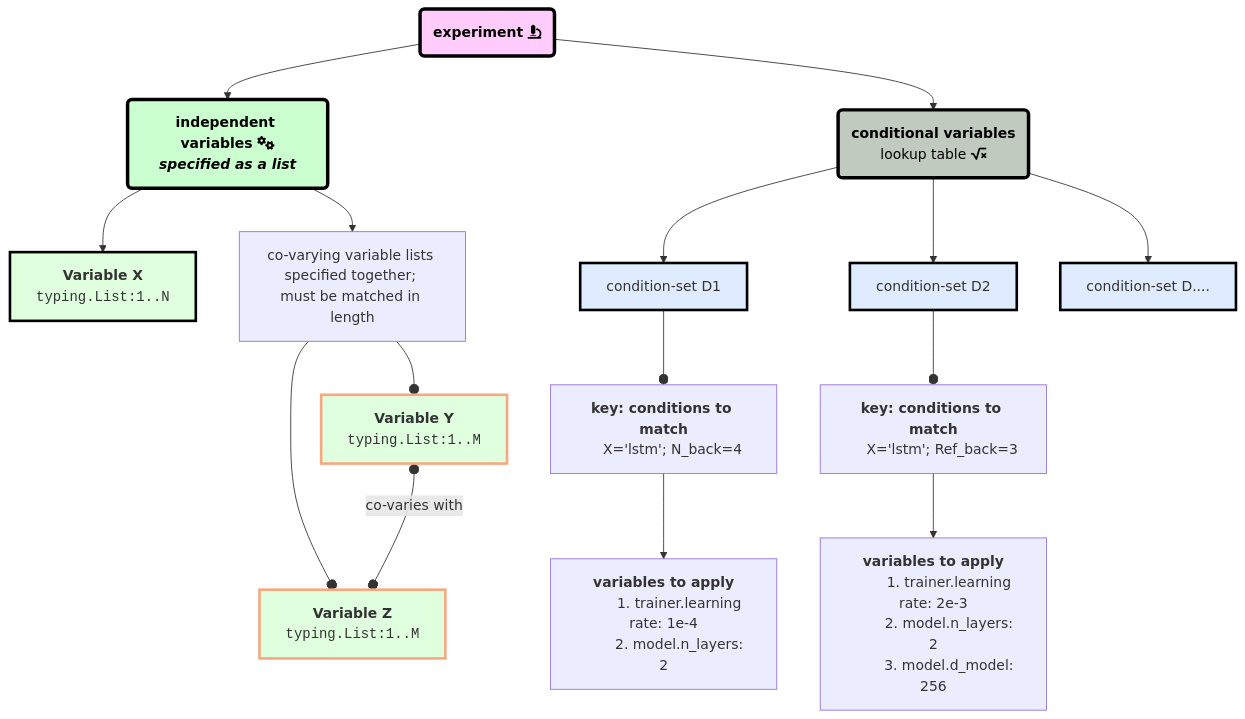
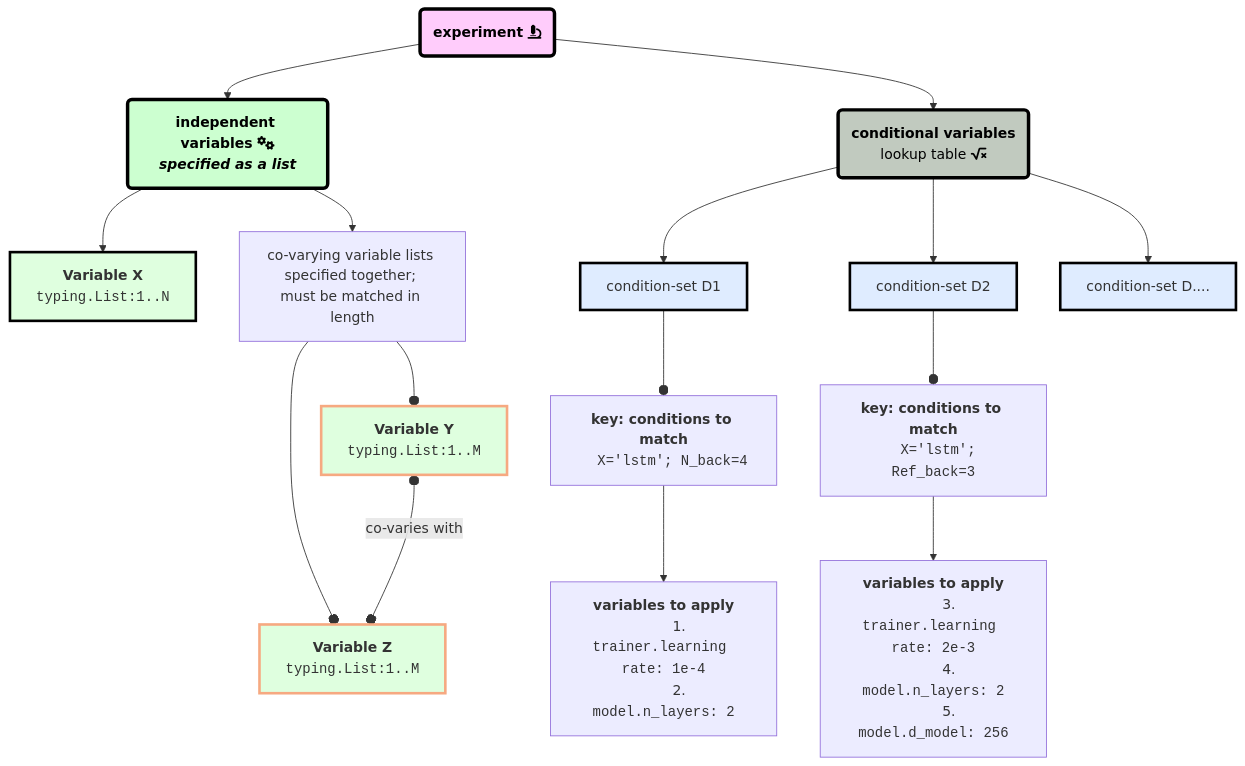
The first of 3 diagrams in src/workingmem/tutorials/README.md (aalok-sathe/wm-computational-limits), drawn with Mermaid before and after one commit. The commit also changed other lines of this file and 2 other files, not shown here.

````diff
--- a/src/workingmem/tutorials/README.md
+++ b/src/workingmem/tutorials/README.md
@@ -8,53 +10,53 @@
 ```mermaid
 flowchart TD
     A(<b>experiment</b> fa:fa-microscope) 
     A --> | | Indep( <b>independent variables<b> fa:fa-gears\n<i>specified as a list</i>\n<i></i>
     )
     A --> | | Dep( <b>conditional variables</b>\nlookup table fa:fa-square-root-variable)
     
     Indep --> | | I1[ <b>Variable X</b> 
     <code>typing.List:1..N</code> ]
     Indep --> | | C[co-varying variable lists specified together; must be matched in length]
     C --o C1
     C --o C2 
     C1[ <b>Variable Y</b> 
     <code>typing.List:1..M</code> ]
     C2[ <b>Variable Z</b>
     <code>typing.List:1..M</code> ]
     C1 o--o|co-varies with|C2
 
     Dep --> | | D1[ condition-set D1 ]
     K1[<b>key: conditions to match</b>
-    X='lstm'; N_back=4]
+    <code>X='lstm'; N_back=4</code>]
     V1[<b>variables to apply</b>
-        1. trainer.learning rate: 1e-4
-        2. model.n_layers: 2]
+        1. <code>trainer.learning rate: 1e-4</code>
+        2. <code>model.n_layers: 2</code>]
     D1 --o K1 
     K1 --> V1
 
     Dep --> | | D2[ condition-set D2 ]
     K2[<b>key: conditions to match</b>
-    X='lstm'; Ref_back=3]
+    <code>X='lstm'; Ref_back=3</code>]
     V2[<b>variables to apply</b>
-        1. trainer.learning rate: 2e-3
-        2. model.n_layers: 2
-        3. model.d_model: 256]
+        3. <code>trainer.learning rate: 2e-3</code>
+        4. <code>model.n_layers: 2</code>
+        5. <code>model.d_model: 256</code>]
     D2 --o K2 
     K2 --> V2
 
     Dep --> | | D3[ condition-set D.... ]
 
     style A fill:#FFCCFB,stroke:#000,stroke-width:4px,color:#000000
 
     style Indep fill:#CCFFD0,stroke:#000,stroke-width:4px,color:#000000
     style Dep fill:#C1CABF,stroke:#000,stroke-width:4px,color:#000000
 
     style C1 fill:#21FF2124,stroke:#F6A981,stroke-width:3px,color:#ff
     style C2 fill:#21FF2124,stroke:#F6A981,stroke-width:3px,color:#ff
     style I1 fill:#21FF2124,stroke:#000,stroke-width:3px,color:#ff
 
     style D1 fill:#217AFF24,stroke:#000,stroke-width:3px,color:#ff
     style D2 fill:#217AFF24,stroke:#000,stroke-width:3px,color:#ff
     style D3 fill:#217AFF24,stroke:#000,stroke-width:3px,color:#ff
 
 ```
````
